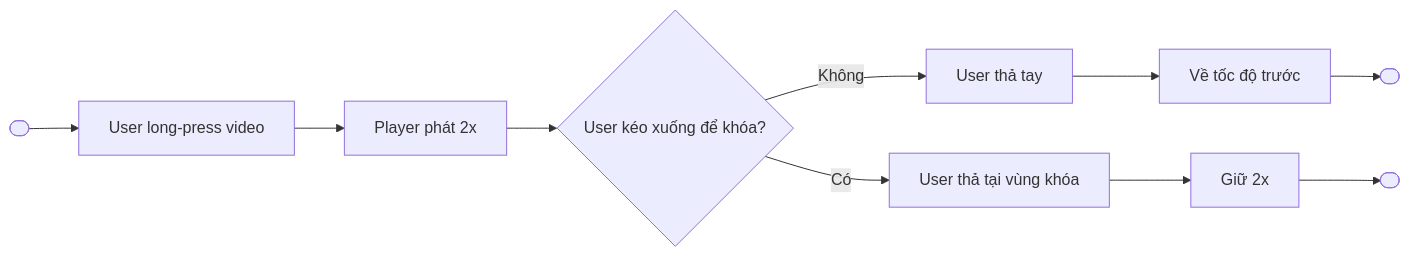
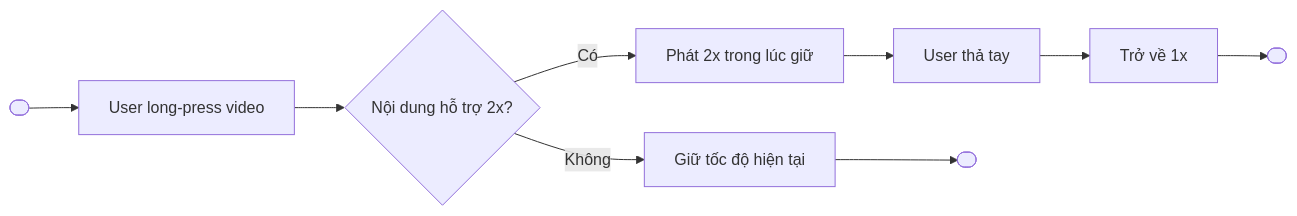
One commit to duongdang1136/FPTPLay changed the fourth of 9 diagrams in features/final-docs/Video-Player/Gesture-Video-Player/product/Gesture-Video-Player-Spec.md. Above: the diagram before and after it, drawn with Mermaid. The commit also changed other lines of this file, not shown here.

Commit message:
docs: revise Gesture Video Player interactions

````diff
--- a/features/final-docs/Video-Player/Gesture-Video-Player/product/Gesture-Video-Player-Spec.md
+++ b/features/final-docs/Video-Player/Gesture-Video-Player/product/Gesture-Video-Player-Spec.md
@@ -392,12 +354,11 @@
 ```mermaid
 flowchart LR
  Start([" "]) --> A["User long-press video"]
- A --> B["Player phát 2x"]
- B --> C{"User kéo xuống để khóa?"}
- C -- Không --> D["User thả tay"]
- D --> E["Về tốc độ trước"]
- C -- Có --> F["User thả tại vùng khóa"]
- F --> G["Giữ 2x"]
- E --> End1([" "])
- G --> End2([" "])
+ A --> B{"Nội dung hỗ trợ 2x?"}
+ B -- Không --> C["Giữ tốc độ hiện tại"]
+ B -- Có --> D["Phát 2x trong lúc giữ"]
+ D --> E["User thả tay"]
+ E --> F["Trở về 1x"]
+ C --> End1([" "])
+ F --> End2([" "])
 ```
````
